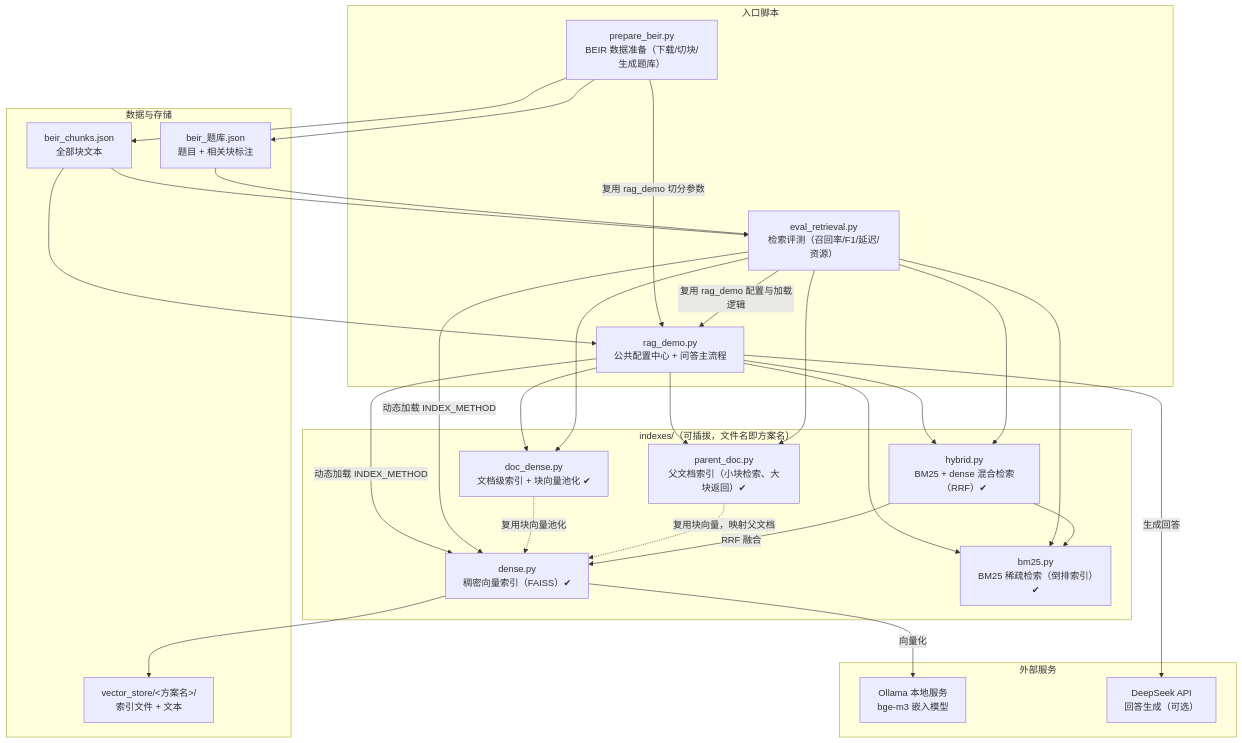
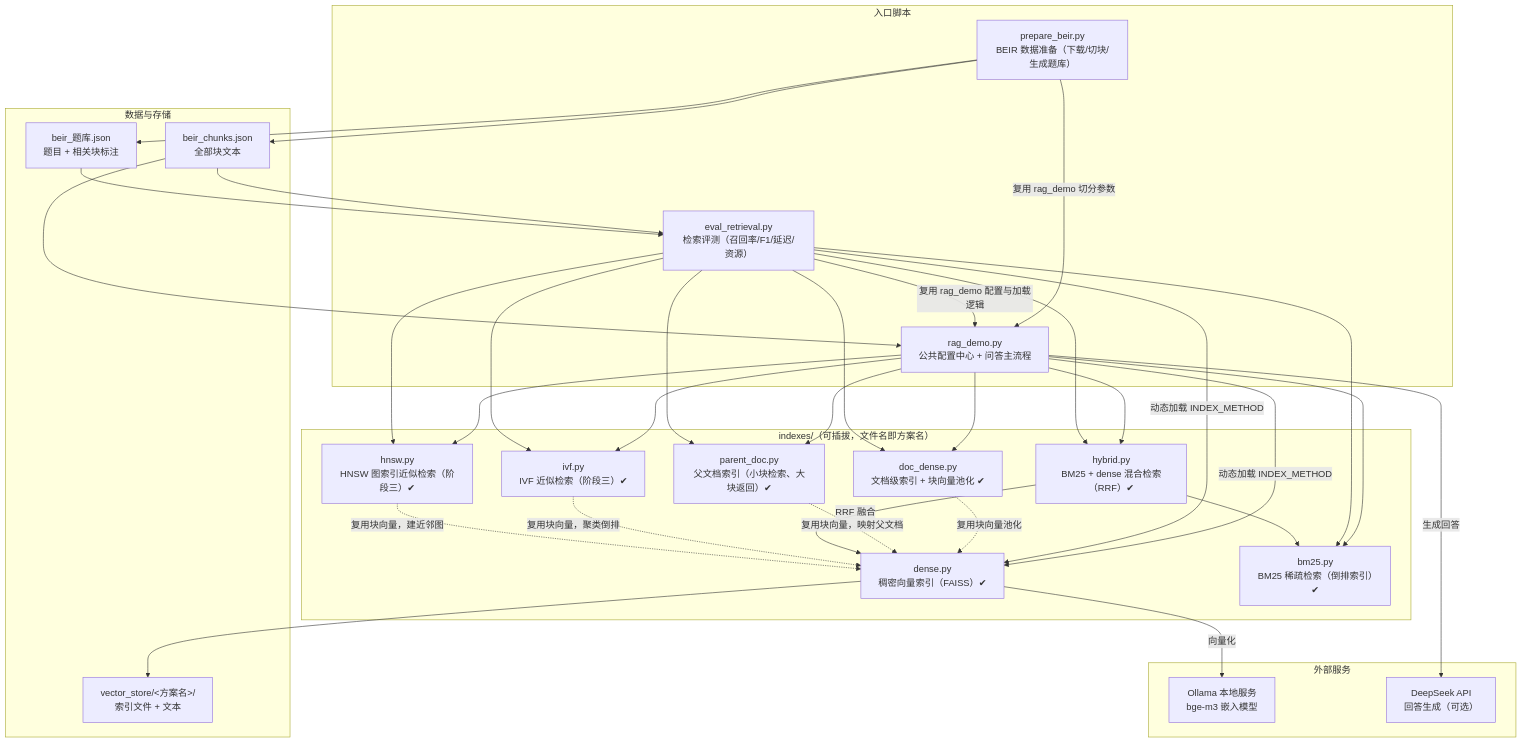
One commit to energetictom4-sudo/rag-index-bench changed the first of 2 diagrams in README.md. Above: the diagram before and after it, drawn with Mermaid. The commit also changed other lines of this file and 1 other file, not shown here.

Commit message:
docs: HNSW 评测结果入 README 对比表与阶段三曲线小节，Roadmap 勾选

````diff
--- a/README.md
+++ b/README.md
@@ -19,52 +19,60 @@
 ```mermaid
 graph TB
     subgraph 入口脚本
         RAG["rag_demo.py<br/>公共配置中心 + 问答主流程"]
         PREP["prepare_beir.py<br/>BEIR 数据准备（下载/切块/生成题库）"]
         EVAL["eval_retrieval.py<br/>检索评测（召回率/F1/延迟/资源）"]
     end
 
     subgraph 索引方案插件["indexes/（可插拔，文件名即方案名）"]
         IDX["dense.py<br/>稠密向量索引（FAISS）✔"]
         DOC["doc_dense.py<br/>文档级索引 + 块向量池化 ✔"]
         BM25["bm25.py<br/>BM25 稀疏检索（倒排索引）✔"]
         HYB["hybrid.py<br/>BM25 + dense 混合检索（RRF）✔"]
         PAR["parent_doc.py<br/>父文档索引（小块检索、大块返回）✔"]
+        IVF["ivf.py<br/>IVF 近似检索（阶段三）✔"]
+        HNSW["hnsw.py<br/>HNSW 图索引近似检索（阶段三）✔"]
     end
 
     subgraph 外部服务
         OLLAMA["Ollama 本地服务<br/>bge-m3 嵌入模型"]
         DS["DeepSeek API<br/>回答生成（可选）"]
     end
 
     subgraph 数据与存储
         CHUNKS["beir_chunks.json<br/>全部块文本"]
         BANK["beir_题库.json<br/>题目 + 相关块标注"]
         STORE["vector_store/&lt;方案名&gt;/<br/>索引文件 + 文本"]
     end
 
     PREP -->|"复用 rag_demo 切分参数"| RAG
     PREP --> CHUNKS
     PREP --> BANK
     RAG -->|"动态加载 INDEX_METHOD"| IDX
     RAG --> DOC
     RAG --> BM25
     RAG --> HYB
     RAG --> PAR
+    RAG --> IVF
+    RAG --> HNSW
     EVAL -->|"复用 rag_demo 配置与加载逻辑"| RAG
     EVAL -->|"动态加载 INDEX_METHOD"| IDX
     EVAL --> DOC
     EVAL --> BM25
     EVAL --> HYB
     EVAL --> PAR
+    EVAL --> IVF
+    EVAL --> HNSW
     IDX -->|"向量化"| OLLAMA
     DOC -.->|"复用块向量池化"| IDX
     PAR -.->|"复用块向量，映射父文档"| IDX
     HYB -->|"RRF 融合"| IDX
     HYB --> BM25
+    IVF -.->|"复用块向量，聚类倒排"| IDX
+    HNSW -.->|"复用块向量，建近邻图"| IDX
     RAG -->|"生成回答"| DS
     IDX --> STORE
     CHUNKS --> RAG
     CHUNKS --> EVAL
     BANK --> EVAL
 ```
````
